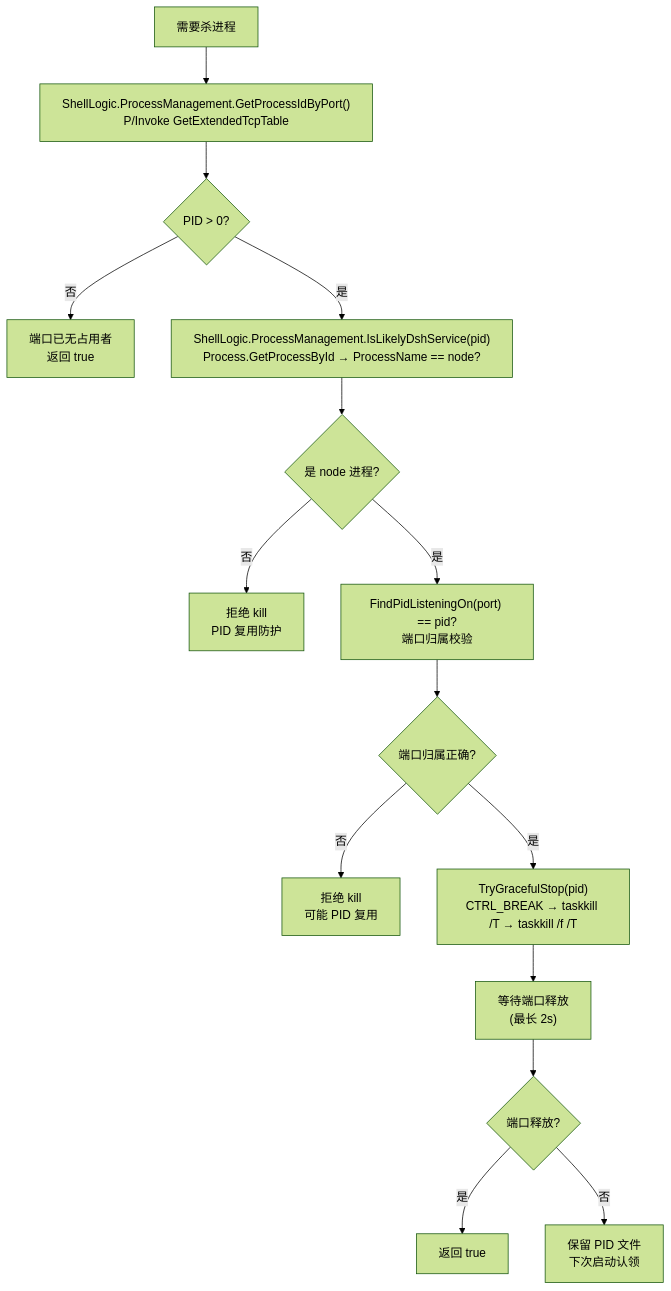
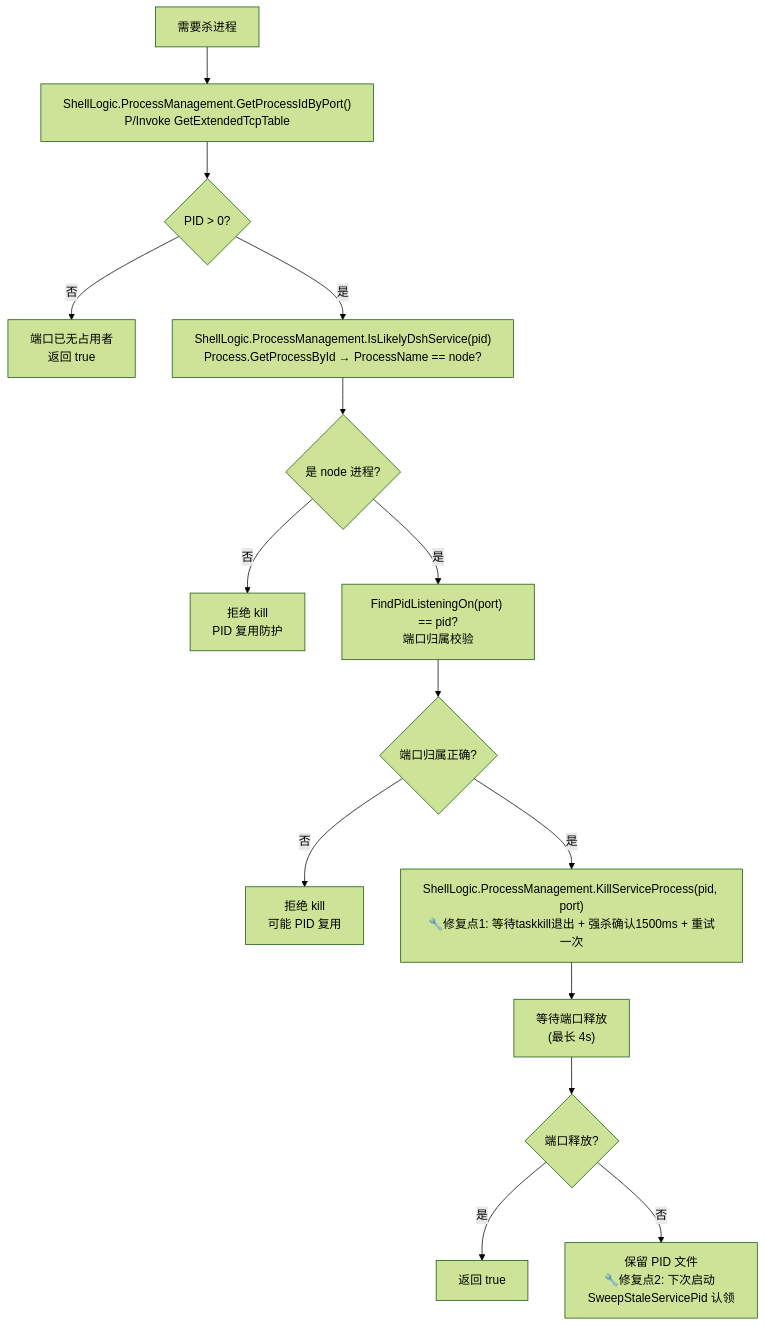
The third of 5 diagrams in docs/SYSTEM_CAUSAL_MAP.md (Ruler4396/dsh-launcher), drawn with Mermaid (forest theme) before and after one commit. The commit also changed other lines of this file and 14 other files, not shown here.

````diff
--- a/docs/SYSTEM_CAUSAL_MAP.md
+++ b/docs/SYSTEM_CAUSAL_MAP.md
@@ -134,17 +134,17 @@
 ```mermaid
 graph TD
     A["需要杀进程"] --> B["ShellLogic.ProcessManagement.GetProcessIdByPort()<br/>P/Invoke GetExtendedTcpTable"]
     B --> C{"PID > 0?"}
     C -->|"否"| D["端口已无占用者<br/>返回 true"]
     C -->|"是"| E["ShellLogic.ProcessManagement.IsLikelyDshService(pid)<br/>Process.GetProcessById → ProcessName == node?"]
     E --> F{"是 node 进程?"}
     F -->|"否"| G["拒绝 kill<br/>PID 复用防护"]
     F -->|"是"| H["FindPidListeningOn(port) == pid?<br/>端口归属校验"]
     H --> I{"端口归属正确?"}
     I -->|"否"| J["拒绝 kill<br/>可能 PID 复用"]
-    I -->|"是"| K["TryGracefulStop(pid)<br/>CTRL_BREAK → taskkill /T → taskkill /f /T"]
-    K --> L["等待端口释放<br/>(最长 2s)"]
+    I -->|"是"| K["ShellLogic.ProcessManagement.KillServiceProcess(pid, port)<br/>🔧修复点1: 等待taskkill退出 + 强杀确认1500ms + 重试一次"]
+    K --> L["等待端口释放<br/>(最长 4s)"]
     L --> M{"端口释放?"}
     M -->|"是"| N["返回 true"]
-    M -->|"否"| O["保留 PID 文件<br/>下次启动认领"]
+    M -->|"否"| O["保留 PID 文件<br/>🔧修复点2: 下次启动 SweepStaleServicePid 认领"]
 ```
````
